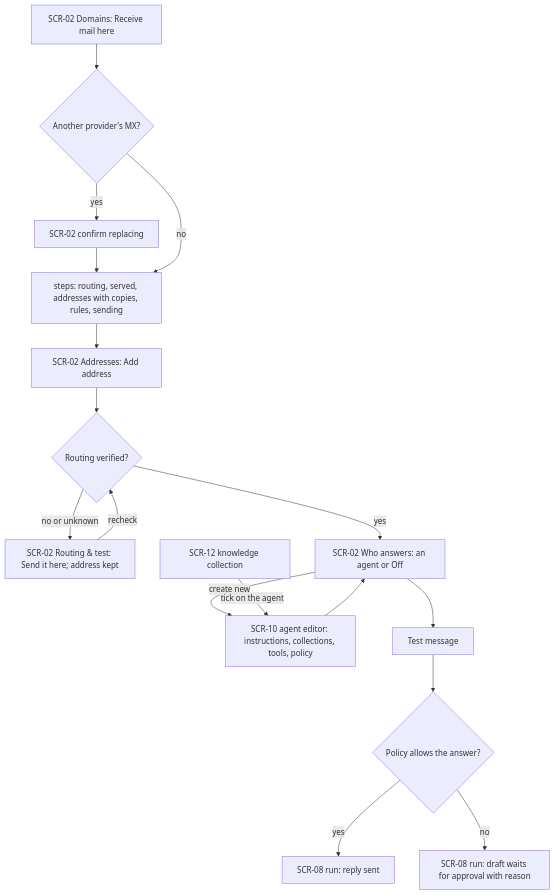
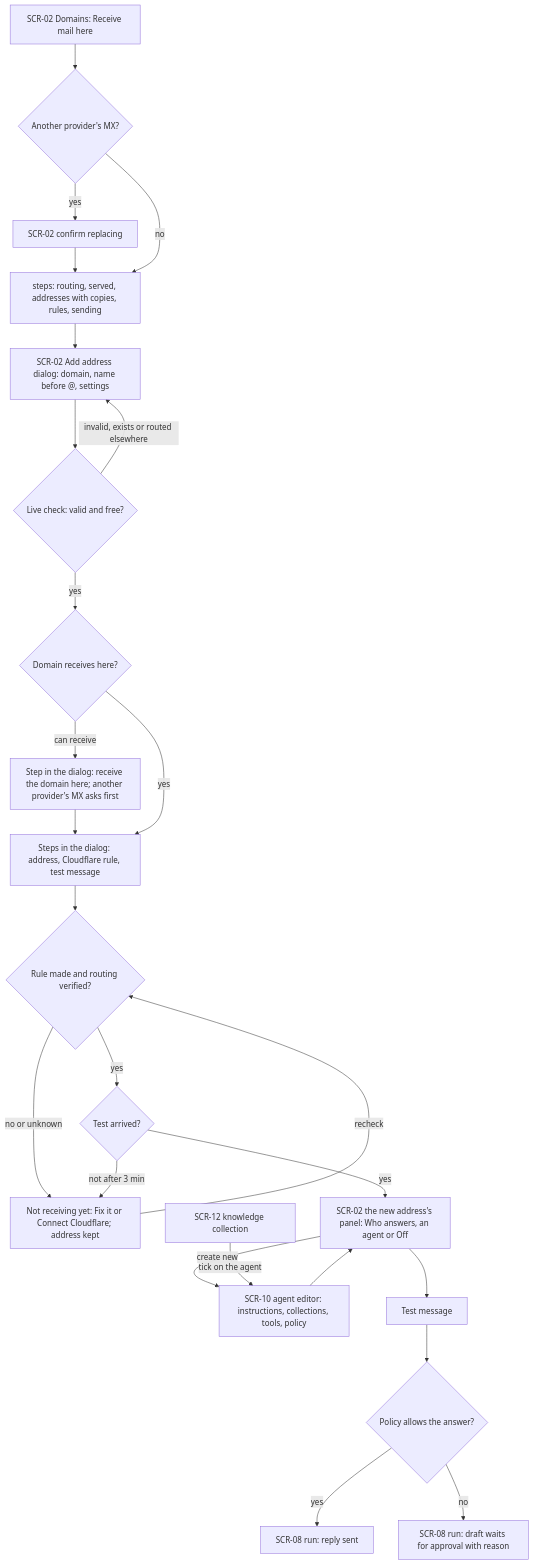
One commit to passioncode-ai/fabric-inbox changed the eighth of 8 diagrams in docs/ux/flows.md. Above: the diagram before and after it, drawn with Mermaid. The commit also changed other lines of this file and 290 other files, not shown here.

First line of the commit message:
release: 0.12.0 — address dialog, refresh status, keyboard archive and discard, Discarded, Russian, LC-16 updates (#37)

````diff
--- a/docs/ux/flows.md
+++ b/docs/ux/flows.md
@@ -238,19 +244,27 @@
 ```mermaid
 flowchart TD
   Z["SCR-02 Domains: Receive mail here"] --> Y{"Another provider's MX?"}
   Y -->|yes| X["SCR-02 confirm replacing"]
   X --> W["steps: routing, served, addresses with copies, rules, sending"]
   Y -->|no| W
   W --> A
-  A["SCR-02 Addresses: Add address"] --> B{"Routing verified?"}
-  B -->|no or unknown| C["SCR-02 Routing & test: Send it here; address kept"]
+  A["SCR-02 Add address dialog: domain, name before @, settings"] --> L{"Live check: valid and free?"}
+  L -->|invalid, exists or routed elsewhere| A
+  L -->|yes| M{"Domain receives here?"}
+  M -->|can receive| R["Step in the dialog: receive the domain here; another provider's MX asks first"]
+  R --> S
+  M -->|yes| S["Steps in the dialog: address, Cloudflare rule, test message"]
+  S --> B{"Rule made and routing verified?"}
+  B -->|no or unknown| C["Not receiving yet: Fix it or Connect Cloudflare; address kept"]
   C -->|recheck| B
-  B -->|yes| D["SCR-02 Who answers: an agent or Off"]
+  B -->|yes| T{"Test arrived?"}
+  T -->|not after 3 min| C
+  T -->|yes| D["SCR-02 the new address's panel: Who answers, an agent or Off"]
   D -->|create new| E["SCR-10 agent editor: instructions, collections, tools, policy"]
   K["SCR-12 knowledge collection"] -->|tick on the agent| E
   E --> D
   D --> F["Test message"]
   F --> G{"Policy allows the answer?"}
   G -->|yes| H["SCR-08 run: reply sent"]
   G -->|no| I["SCR-08 run: draft waits for approval with reason"]
 ```
````
